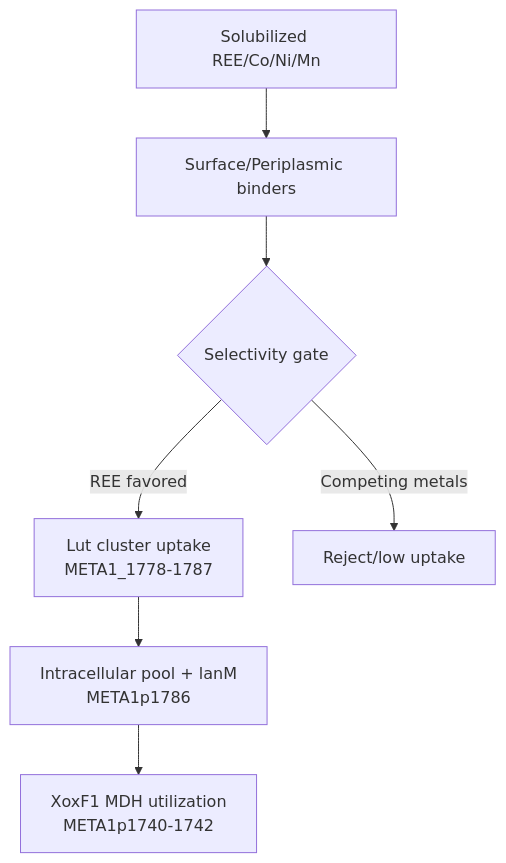
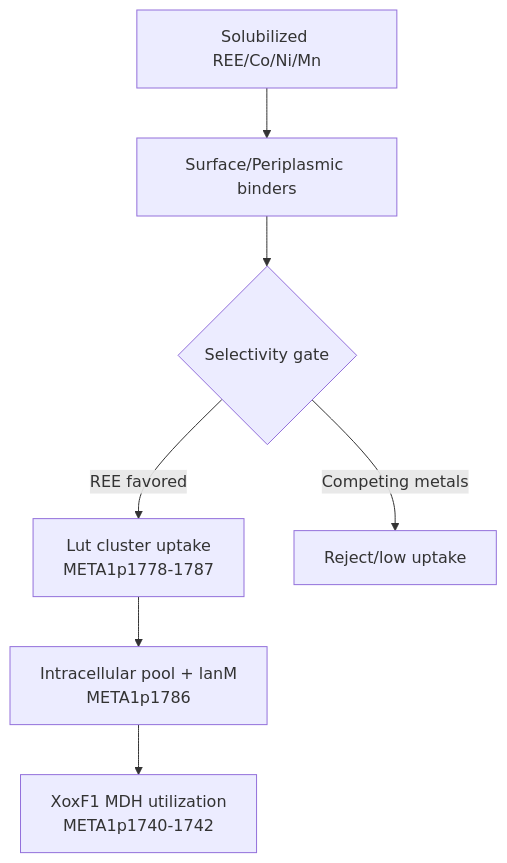
The second of 4 diagrams in projects/REE.md (ai4curation/ai-gene-review), drawn with Mermaid before and after one commit. The commit also changed other lines of this file and 495 other files, not shown here.

````diff
--- a/projects/REE.md
+++ b/projects/REE.md
@@ -160,9 +190,9 @@
 ```mermaid
 flowchart TD
   A[Solubilized REE/Co/Ni/Mn] --> B[Surface/Periplasmic binders]
   B --> C{Selectivity gate}
-  C -->|REE favored| D[Lut cluster uptake<br/>META1_1778-1787]
+  C -->|REE favored| D[Lut cluster uptake<br/>META1p1778-1787]
   C -->|Competing metals| E[Reject/low uptake]
   D --> F[Intracellular pool + lanM<br/>META1p1786]
   F --> G[XoxF1 MDH utilization<br/>META1p1740-1742]
 ```
````
